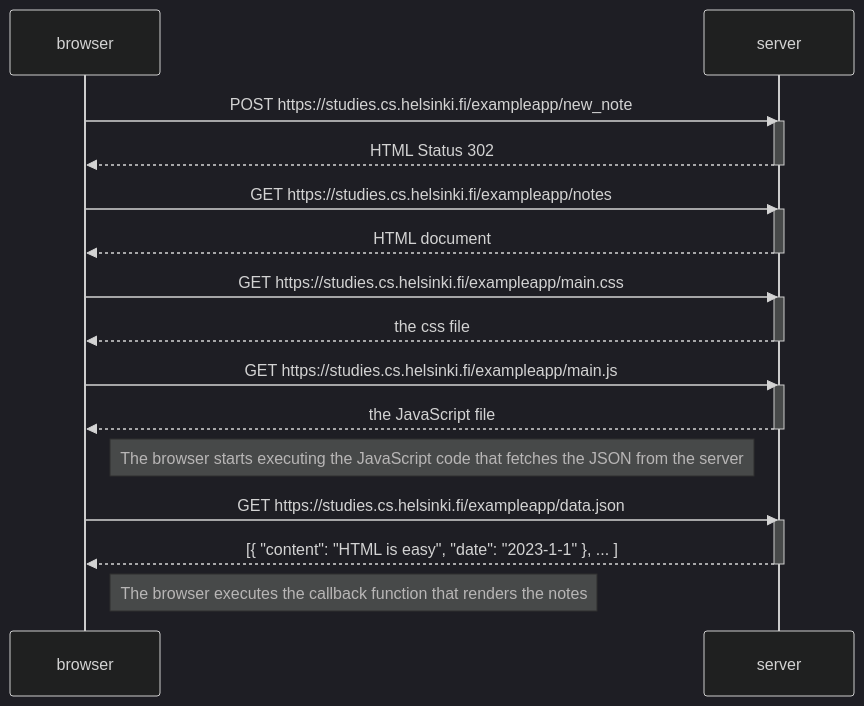
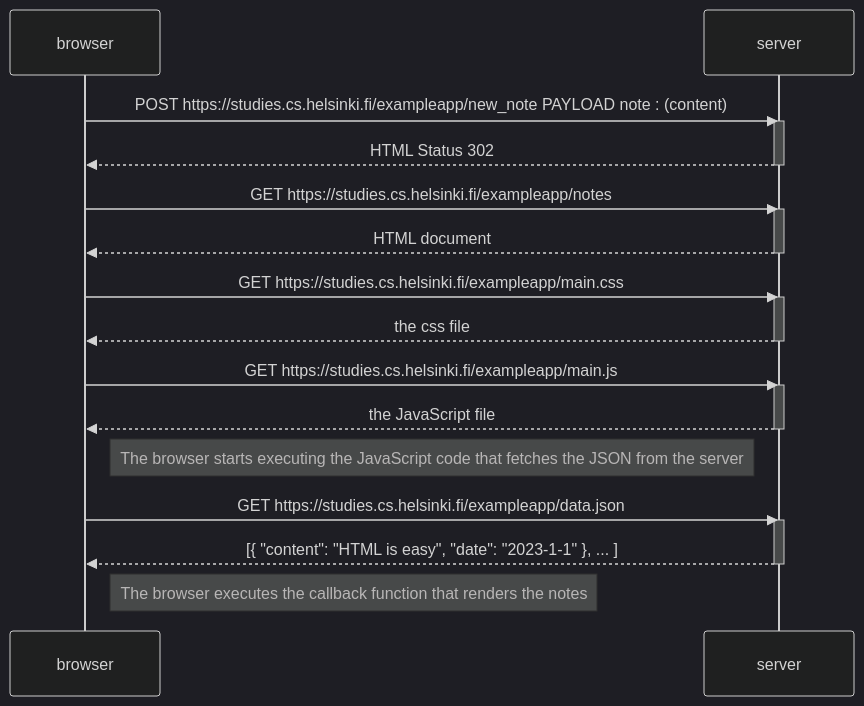
One commit to Zootyr/full_stack_open changed the diagram in new_note.md. Above: the diagram before and after it, drawn with Mermaid (dark theme).

Commit message:
rename + content

````diff
--- a/new_note.md
+++ b/new_note.md
@@ -1,34 +1,34 @@
 ```mermaid
 sequenceDiagram
     participant browser
     participant server
     
-    browser->>server: POST https://studies.cs.helsinki.fi/exampleapp/new_note
+    browser->>server: POST https://studies.cs.helsinki.fi/exampleapp/new_note PAYLOAD note : (content)
     activate server
     server-->>browser: HTML Status 302
     deactivate server
 
     browser->>server: GET https://studies.cs.helsinki.fi/exampleapp/notes
     activate server
     server-->>browser: HTML document
     deactivate server
 
     browser->>server: GET https://studies.cs.helsinki.fi/exampleapp/main.css
     activate server
     server-->>browser: the css file
     deactivate server
     
     browser->>server: GET https://studies.cs.helsinki.fi/exampleapp/main.js
     activate server
     server-->>browser: the JavaScript file
     deactivate server
     
     Note right of browser: The browser starts executing the JavaScript code that fetches the JSON from the server
     
     browser->>server: GET https://studies.cs.helsinki.fi/exampleapp/data.json
     activate server
     server-->>browser: [{ "content": "HTML is easy", "date": "2023-1-1" }, ... ]
     deactivate server    
 
     Note right of browser: The browser executes the callback function that renders the notes
 ```
````
